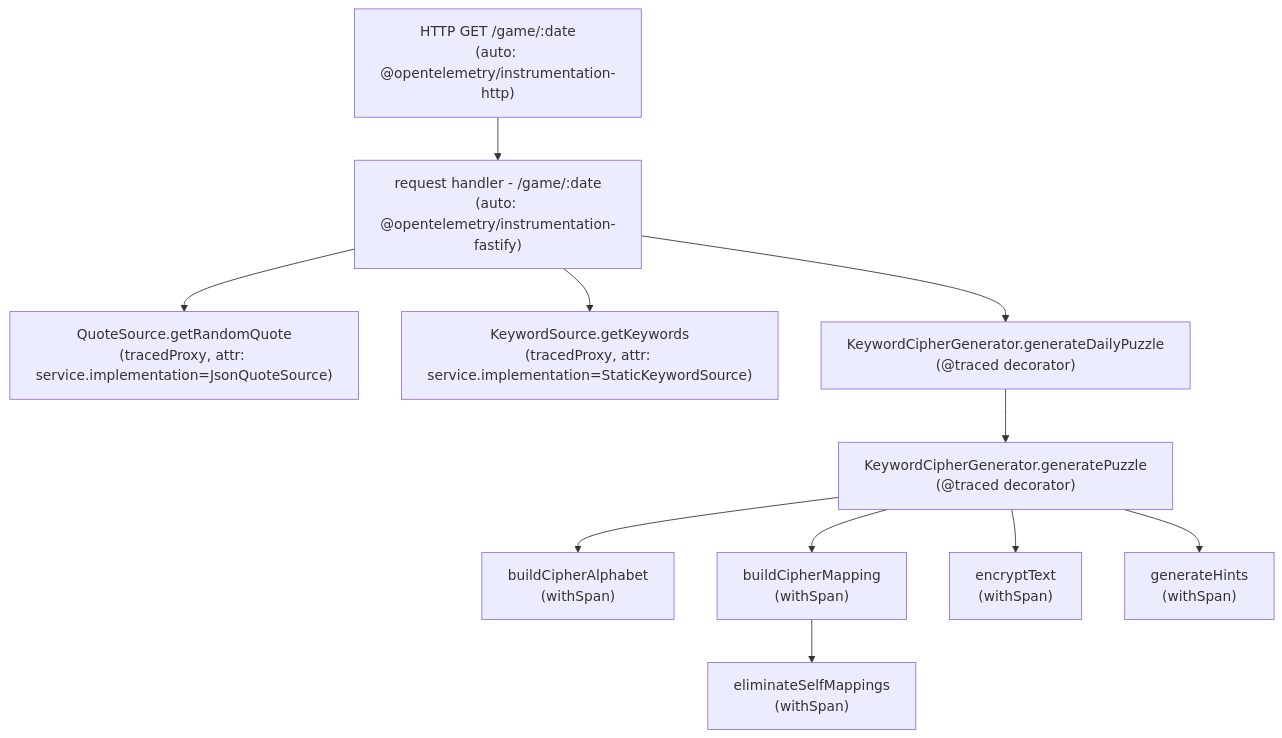
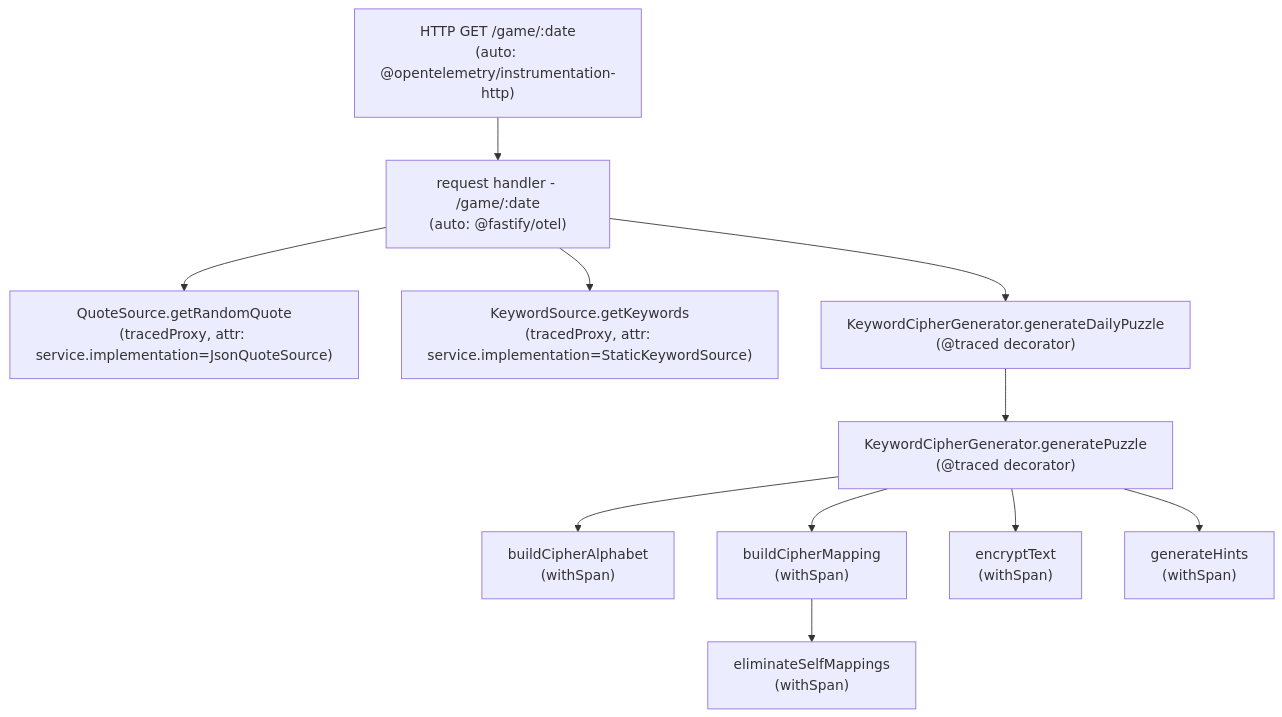
The fifth of 5 diagrams in docs/CODEBASE_MAP.md (bojanrajkovic/unquote), drawn with Mermaid before and after one commit. The commit also changed 8 other files, not shown here.

````diff
--- a/docs/CODEBASE_MAP.md
+++ b/docs/CODEBASE_MAP.md
@@ -342,25 +342,25 @@
 ```mermaid
 graph TB
     A["HTTP GET /game/:date<br/>(auto: @opentelemetry/instrumentation-http)"]
-    B["request handler - /game/:date<br/>(auto: @opentelemetry/instrumentation-fastify)"]
+    B["request handler - /game/:date<br/>(auto: @fastify/otel)"]
     C["QuoteSource.getRandomQuote<br/>(tracedProxy, attr: service.implementation=JsonQuoteSource)"]
     D["KeywordSource.getKeywords<br/>(tracedProxy, attr: service.implementation=StaticKeywordSource)"]
     E["KeywordCipherGenerator.generateDailyPuzzle<br/>(@traced decorator)"]
     F["KeywordCipherGenerator.generatePuzzle<br/>(@traced decorator)"]
     G["buildCipherAlphabet<br/>(withSpan)"]
     H["buildCipherMapping<br/>(withSpan)"]
     I["eliminateSelfMappings<br/>(withSpan)"]
     J["encryptText<br/>(withSpan)"]
     K["generateHints<br/>(withSpan)"]
 
     A --> B
     B --> C
     B --> D
     B --> E
     E --> F
     F --> G
     F --> H
     H --> I
     F --> J
     F --> K
 ```
````
